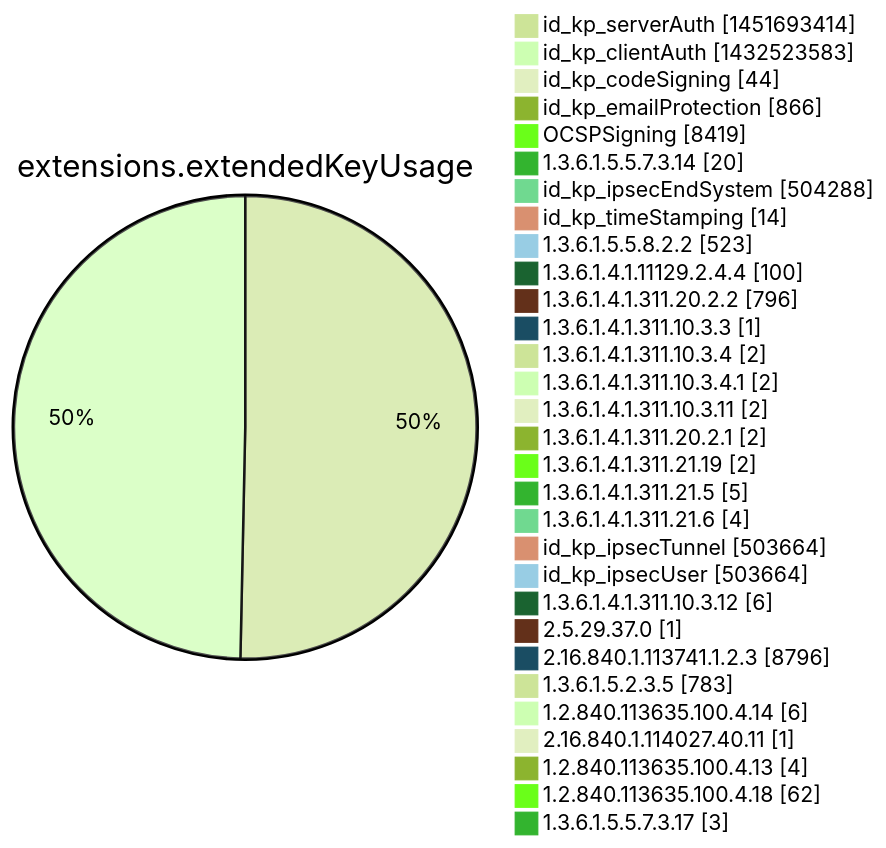
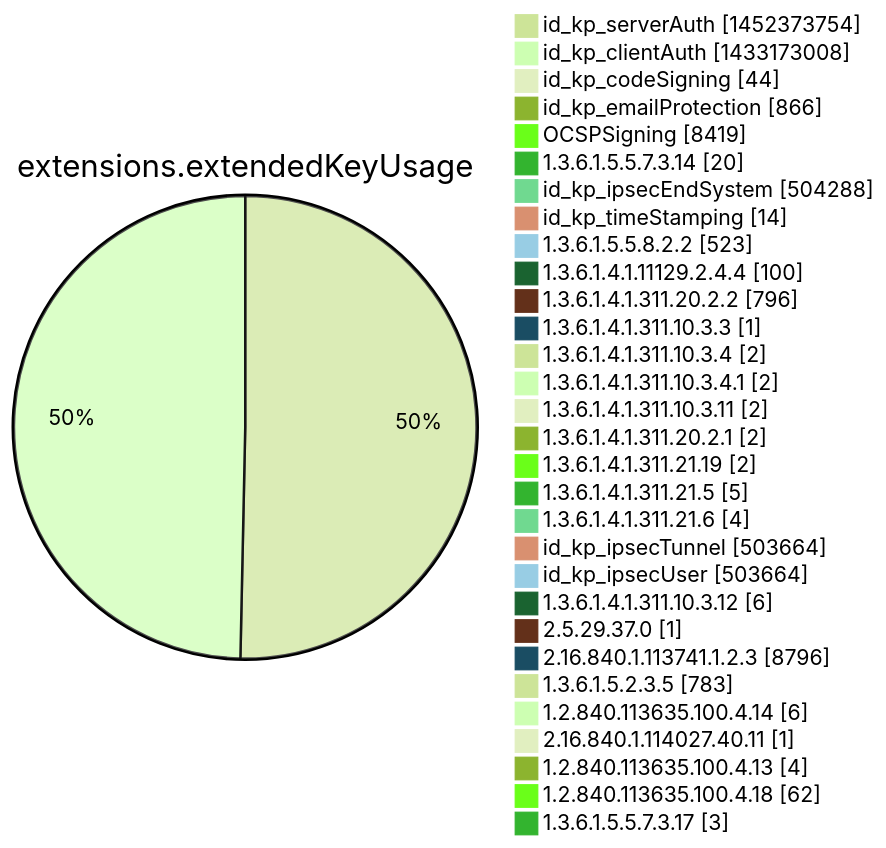
Diagram 12 of 15 in argon2022/README.md (christiankrug/ctmonitor_visualization), drawn with Mermaid (forest theme) before and after one commit. The commit also changed other lines of this file, not shown here.

````diff
--- a/argon2022/README.md
+++ b/argon2022/README.md
@@ -3555,34 +3555,34 @@
 ```mermaid
 pie showData
 title extensions.extendedKeyUsage
-"id_kp_serverAuth" :1451693414
-"id_kp_clientAuth" :1432523583
+"id_kp_serverAuth" :1452373754
+"id_kp_clientAuth" :1433173008
 "id_kp_codeSigning" :44
 "id_kp_emailProtection" :866
 "OCSPSigning" :8419
 "1.3.6.1.5.5.7.3.14" :20
 "id_kp_ipsecEndSystem" :504288
 "id_kp_timeStamping" :14
 "1.3.6.1.5.5.8.2.2" :523
 "1.3.6.1.4.1.11129.2.4.4" :100
 "1.3.6.1.4.1.311.20.2.2" :796
 "1.3.6.1.4.1.311.10.3.3" :1
 "1.3.6.1.4.1.311.10.3.4" :2
 "1.3.6.1.4.1.311.10.3.4.1" :2
 "1.3.6.1.4.1.311.10.3.11" :2
 "1.3.6.1.4.1.311.20.2.1" :2
 "1.3.6.1.4.1.311.21.19" :2
 "1.3.6.1.4.1.311.21.5" :5
 "1.3.6.1.4.1.311.21.6" :4
 "id_kp_ipsecTunnel" :503664
 "id_kp_ipsecUser" :503664
 "1.3.6.1.4.1.311.10.3.12" :6
 "2.5.29.37.0" :1
 "2.16.840.1.113741.1.2.3" :8796
 "1.3.6.1.5.2.3.5" :783
 "1.2.840.113635.100.4.14" :6
 "2.16.840.1.114027.40.11" :1
 "1.2.840.113635.100.4.13" :4
 "1.2.840.113635.100.4.18" :62
 "1.3.6.1.5.5.7.3.17" :3
 ```
````
